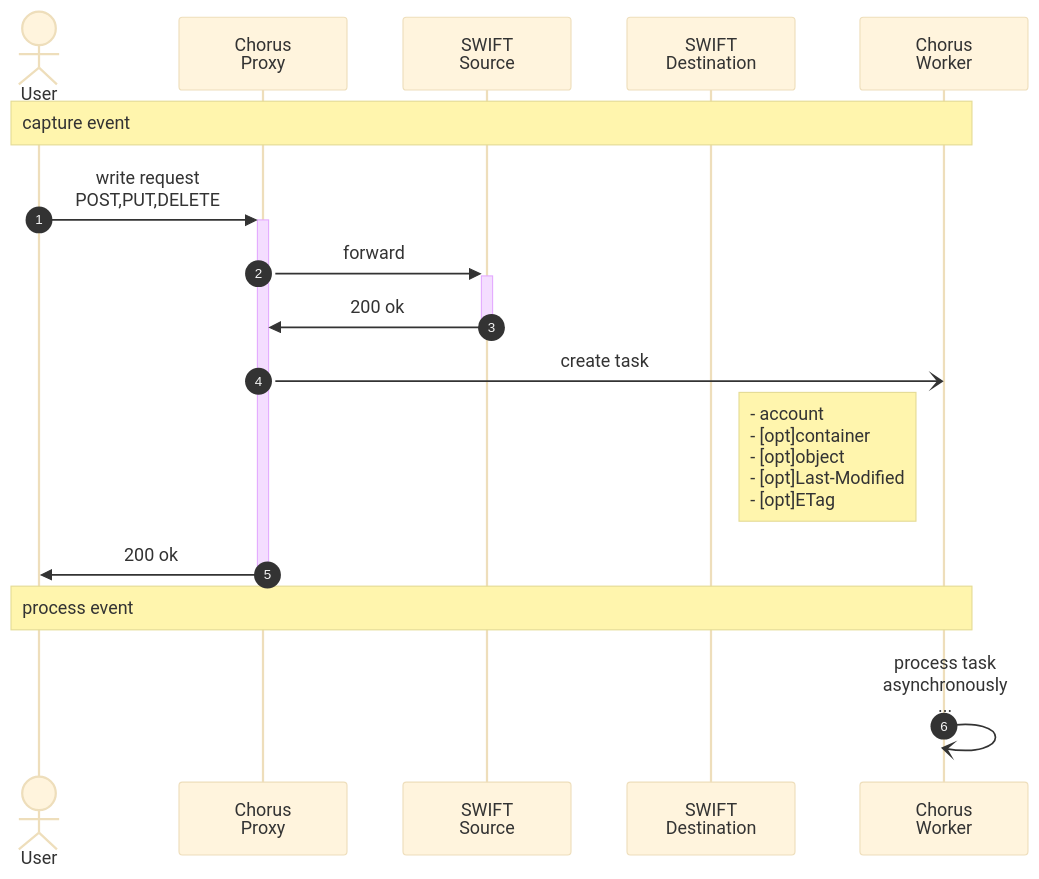
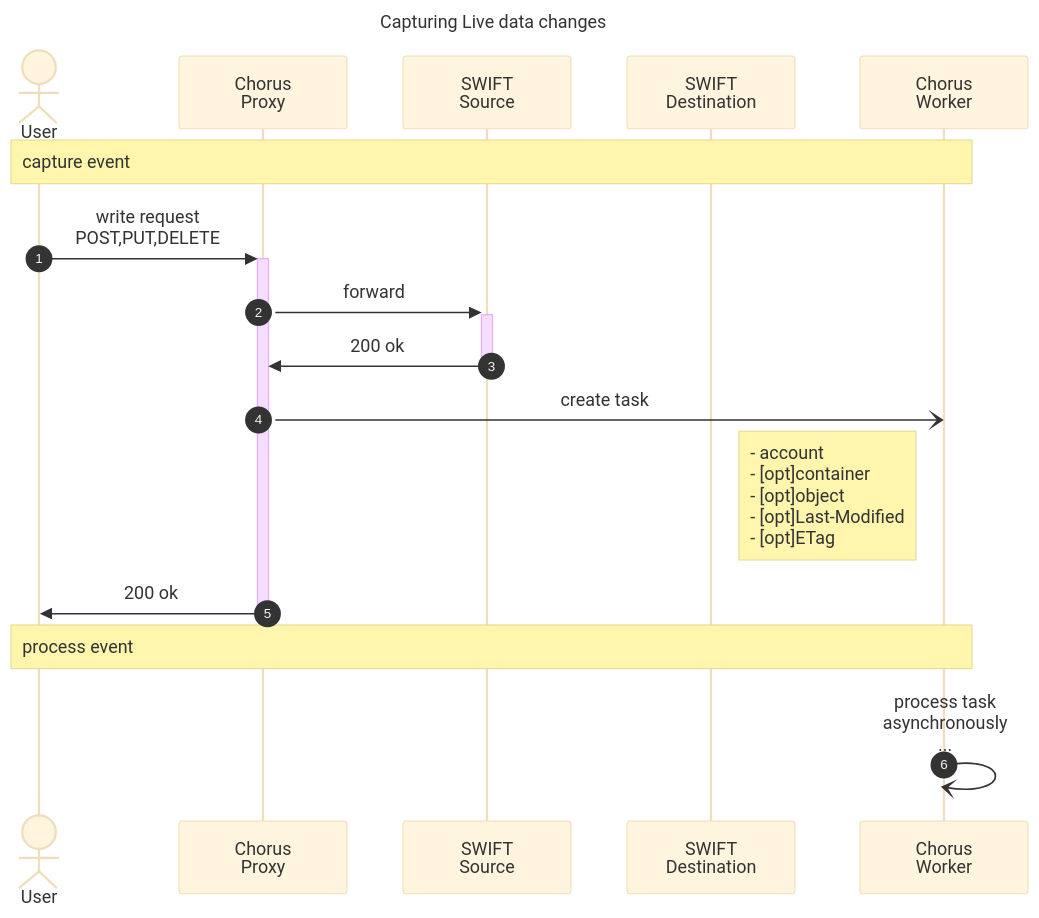
One commit to clyso/chorus changed the first of 6 diagrams in docs/swift-migration.md. Above: the diagram before and after it, drawn with Mermaid (base theme). The commit also changed other lines of this file, not shown here.

Commit message:
swift live migration flow docs

````diff
--- a/docs/swift-migration.md
+++ b/docs/swift-migration.md
@@ -13,21 +23,24 @@
 ```mermaid
- %%{init: { 'sequence': {'noteAlign':'left'} } }%%
+---
+title: Capturing Live data changes
+--- 
+%%{init: { 'sequence': {'noteAlign':'left'} } }%%
 sequenceDiagram
     autonumber
     Actor u as User
     Participant p as Chorus<br>Proxy
     Participant s as SWIFT<br>Source
     Participant d as SWIFT<br>Destination
     Participant w as Chorus<br>Worker
 
     note over u,w: capture event
     u->>+p: write request<br>POST,PUT,DELETE
     p->>+s: forward
     s->>-p: 200 ok
     p-)w: create task
     Note left of w: - account<br>- [opt]container<br>- [opt]object<br>- [opt]Last-Modified<br>- [opt]ETag
     p->>-u: 200 ok
 
     note over u,w: process event
     w-)w: process task<br>asynchronously<br>...
 ```
````
